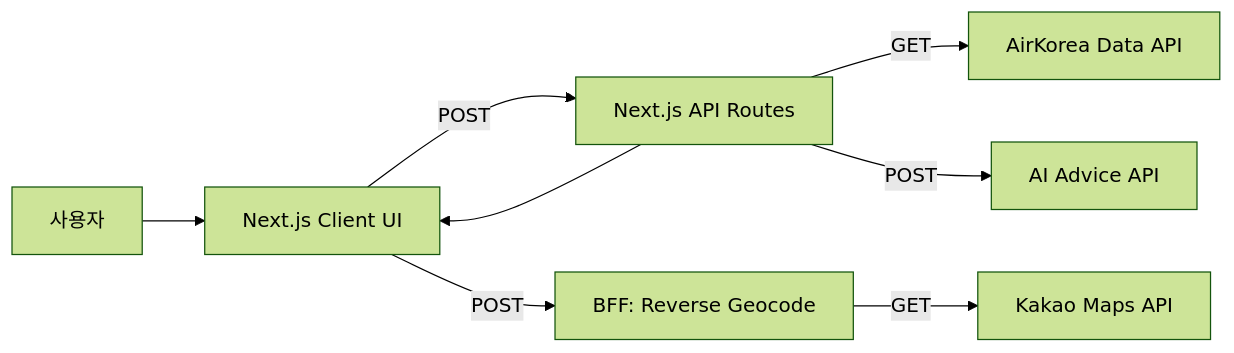
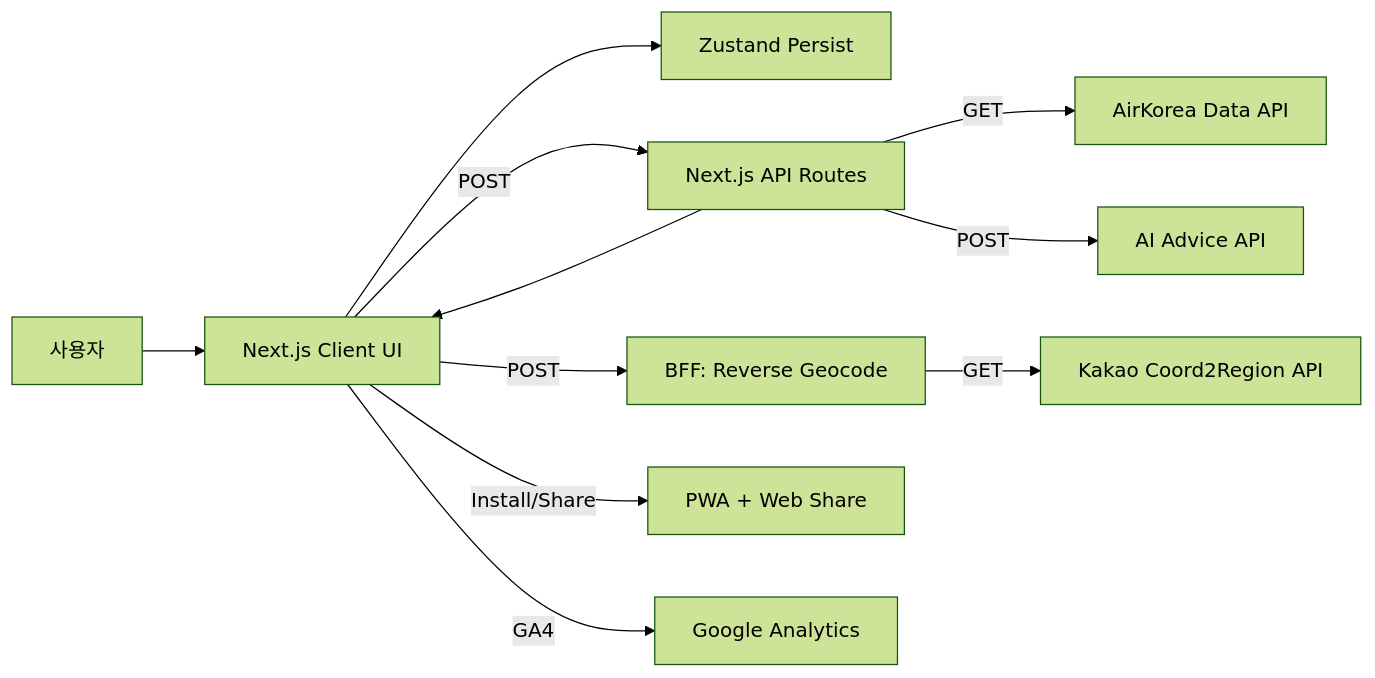
One commit to CMC-EPI-LOG/EPI-LOG-MAIN changed the first of 2 diagrams in README.md. Above: the diagram before and after it, drawn with Mermaid (forest theme). The commit also changed other lines of this file and 3 other files, not shown here.

````diff
--- a/README.md
+++ b/README.md
@@ -17,10 +18,13 @@
 ```mermaid
 flowchart LR
   User[사용자] --> UI[Next.js Client UI]
+  UI --> Store[Zustand Persist]
   UI -->|POST| BFF[Next.js API Routes]
+  UI -->|POST| Geo[BFF: Reverse Geocode]
+  Geo -->|GET| Kakao[Kakao Coord2Region API]
   BFF -->|GET| Air[AirKorea Data API]
   BFF -->|POST| AI[AI Advice API]
-  UI -->|POST| Geo[BFF: Reverse Geocode]
-  Geo -->|GET| Kakao[Kakao Maps API]
+  UI -->|Install/Share| PWA[PWA + Web Share]
+  UI -->|GA4| GA[Google Analytics]
   BFF --> UI
 ```
````
